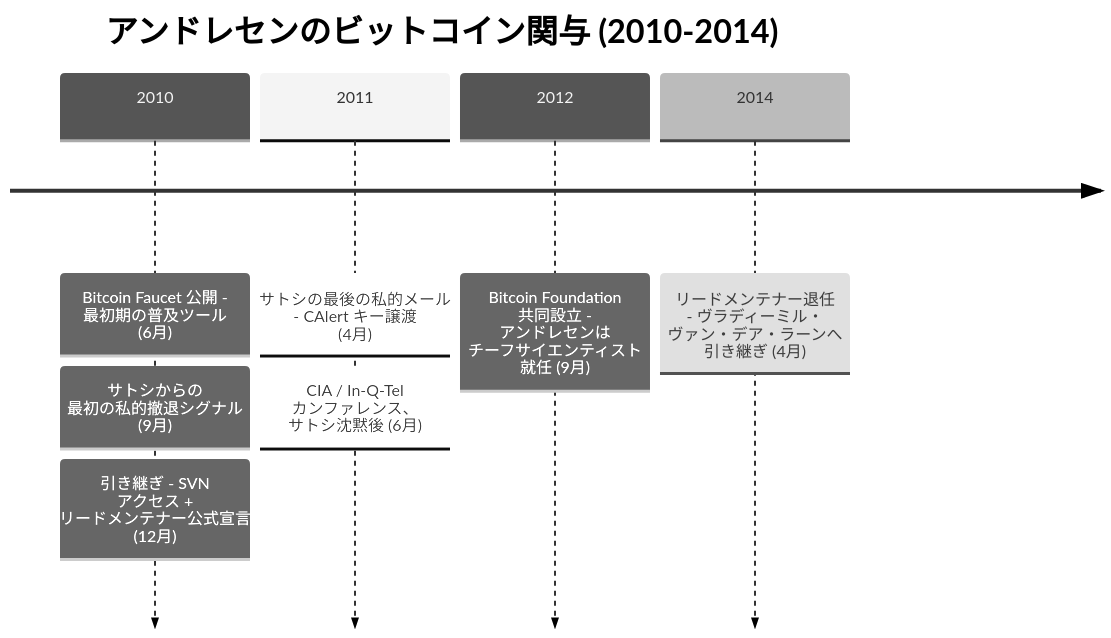
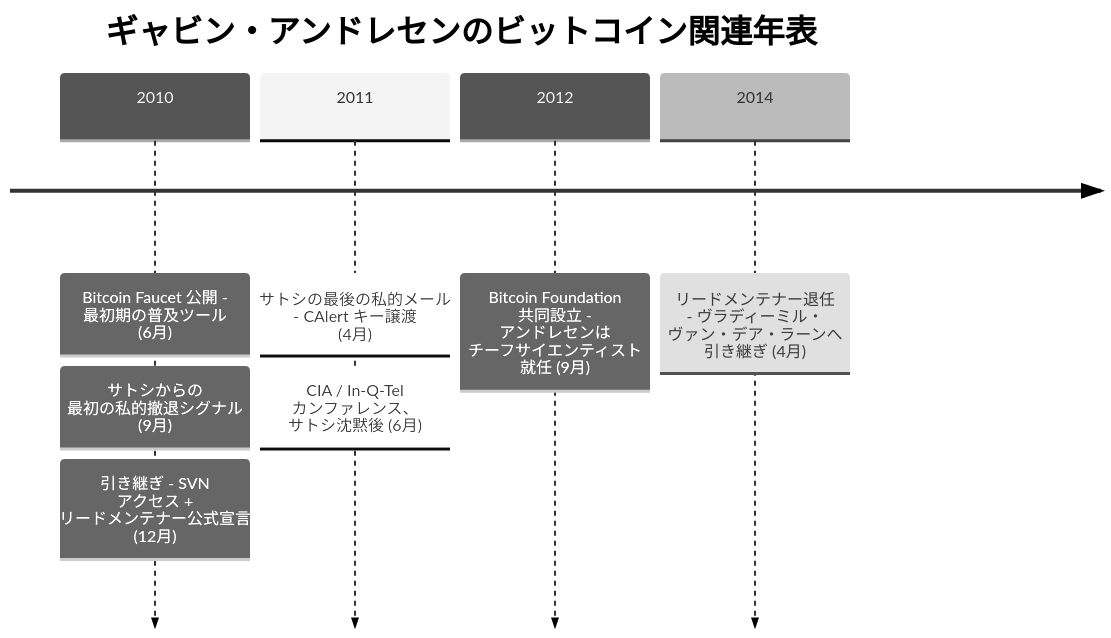
Before and after one commit to cypher256/BitcoinArchive: the diagram in src/data/translations/ja/aftermath/2010-06-11-gavin-andresen-biography.md, drawn with Mermaid (neutral theme). The commit also changed 104 other files, not shown here.

````diff
--- a/src/data/translations/ja/aftermath/2010-06-11-gavin-andresen-biography.md
+++ b/src/data/translations/ja/aftermath/2010-06-11-gavin-andresen-biography.md
@@ -58,11 +58,11 @@
 ```mermaid
 timeline
-    title アンドレセンのビットコイン関与 (2010-2014)
+    title ギャビン・アンドレセンのビットコイン関連年表
     2010 : Bitcoin Faucet 公開 - 最初期の普及ツール (6月)
          : サトシからの 最初の私的撤退シグナル (9月)
          : 引き継ぎ - SVN アクセス + リードメンテナー公式宣言 (12月)
     2011 : サトシの最後の私的メール - CAlert キー譲渡 (4月)
          : CIA / In-Q-Tel カンファレンス、 サトシ沈黙後 (6月)
     2012 : Bitcoin Foundation 共同設立 - アンドレセンは チーフサイエンティスト 就任 (9月)
     2014 : リードメンテナー退任 - ヴラディーミル・ ヴァン・デア・ラーンへ 引き継ぎ (4月)
 ```
````
